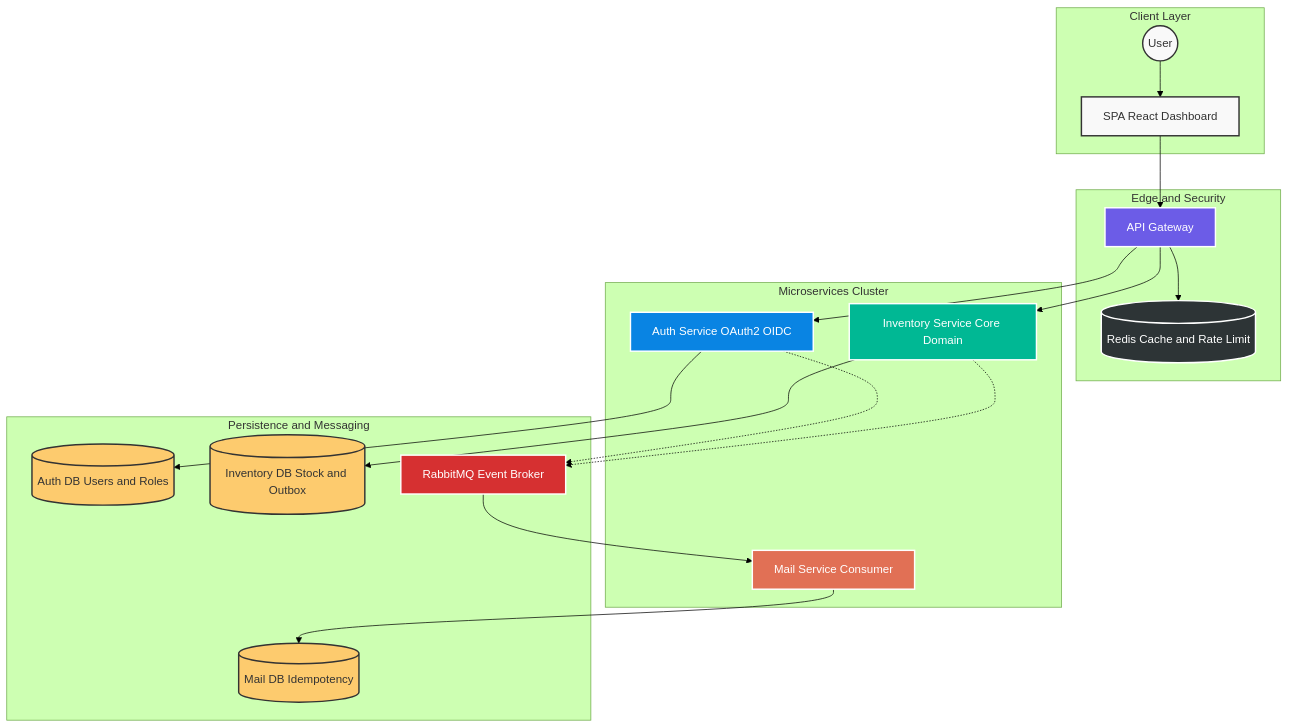
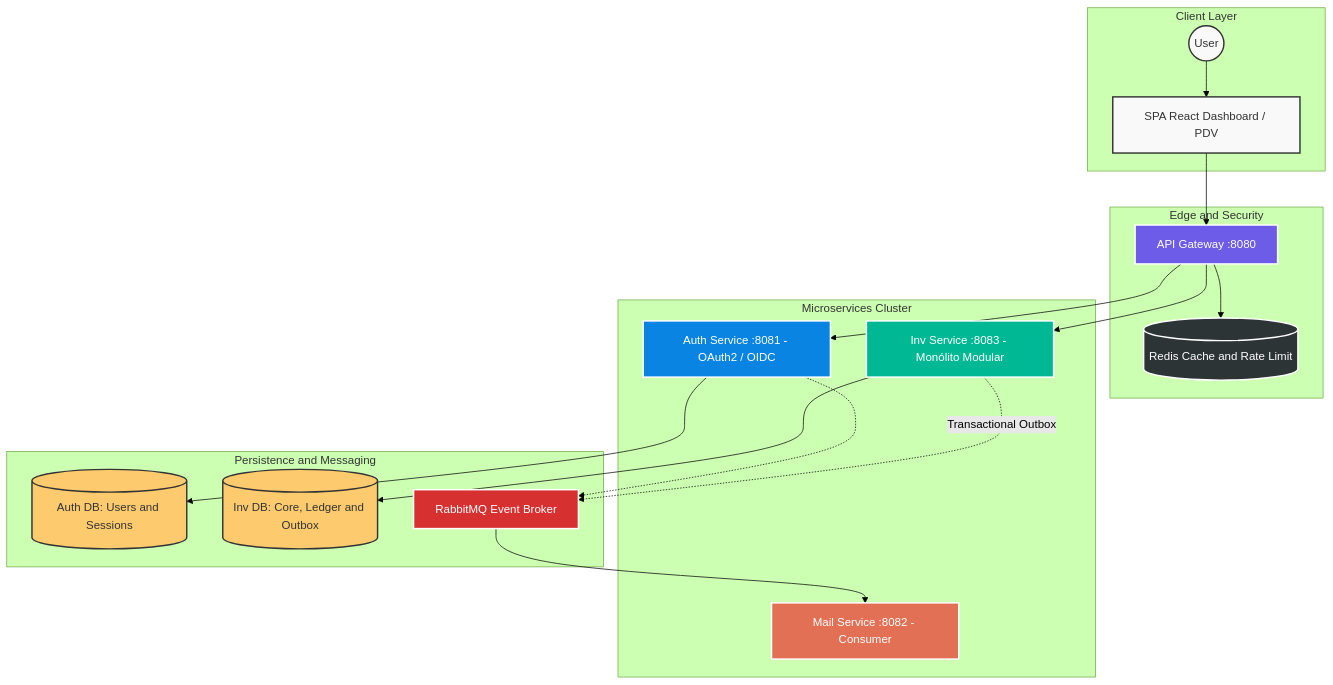
Before and after one commit to iXDGabrielTK/petshop-microservices: the diagram in README.md, drawn with Mermaid (forest theme). The commit also changed other lines of this file and 19 other files, not shown here.

Commit message:
docs: add architecture documentation, ADRs and module readmes

````diff
--- a/README.md
+++ b/README.md
@@ -19,58 +49,55 @@
 ```mermaid
 graph TD
 
 %% --- Estilos ---
     classDef client fill:#f9f9f9,stroke:#333,stroke-width:2px,color:#333;
     classDef gateway fill:#6c5ce7,stroke:#fff,stroke-width:2px,color:#fff;
     classDef authService fill:#0984e3,stroke:#fff,stroke-width:2px,color:#fff;
     classDef coreService fill:#00b894,stroke:#fff,stroke-width:2px,color:#fff;
     classDef consumerService fill:#e17055,stroke:#fff,stroke-width:2px,color:#fff;
     classDef infra fill:#2d3436,stroke:#fff,stroke-width:2px,color:#fff;
     classDef database fill:#fdcb6e,stroke:#333,stroke-width:2px,color:#333;
     classDef broker fill:#d63031,stroke:#fff,stroke-width:2px,color:#fff;
 
 %% --- Client Layer ---
     subgraph ClientLayer [Client Layer]
         User((User)):::client
-        Browser[SPA React Dashboard]:::client
+        Browser[SPA React Dashboard / PDV]:::client
     end
 
 %% --- Edge Layer ---
     subgraph EdgeLayer [Edge and Security]
-        Gateway[API Gateway]:::gateway
+        Gateway[API Gateway :8080]:::gateway
         Redis[(Redis Cache and Rate Limit)]:::infra
     end
 
 %% --- Services ---
     subgraph ServiceLayer [Microservices Cluster]
-        Auth[Auth Service OAuth2 OIDC]:::authService
-        Inv[Inventory Service Core Domain]:::coreService
-        Mail[Mail Service Consumer]:::consumerService
+        Auth[Auth Service :8081 - OAuth2 / OIDC]:::authService
+        Inv[Inv Service :8083 - Monólito Modular]:::coreService
+        Mail[Mail Service :8082 - Consumer]:::consumerService
     end
 
 %% --- Data and Events ---
     subgraph DataLayer [Persistence and Messaging]
-        AuthDB[(Auth DB Users and Roles)]:::database
-        InvDB[(Inventory DB Stock and Outbox)]:::database
-        MailDB[(Mail DB Idempotency)]:::database
+        AuthDB[(Auth DB: Users and Sessions)]:::database
+        InvDB[(Inv DB: Core, Ledger and Outbox)]:::database
         Rabbit[RabbitMQ Event Broker]:::broker
     end
 
 %% --- Flows ---
     User --> Browser
     Browser --> Gateway
     Gateway --> Redis
 
     Gateway --> Auth
     Gateway --> Inv
 
     Auth --> AuthDB
     Inv --> InvDB
-    Mail --> MailDB
 
     Auth -.-> Rabbit
-    Inv -.-> Rabbit
+    Inv -.->|Transactional Outbox| Rabbit
 
     Rabbit --> Mail
-
 ```
````
